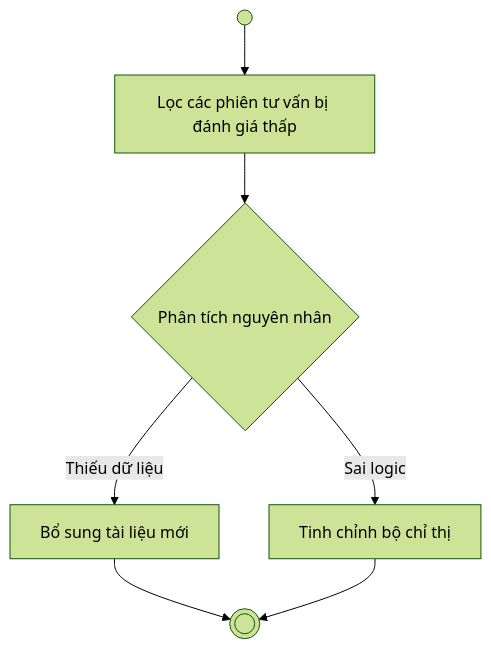
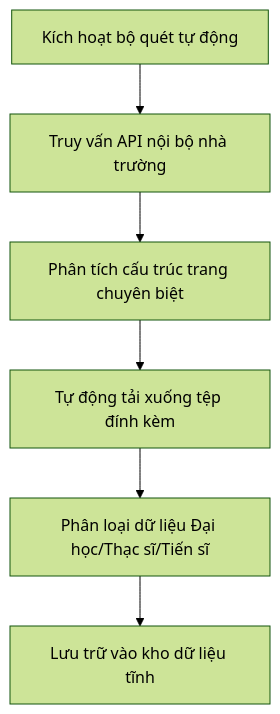
Before and after one commit to tranhongs0n/DATN: the seventh of 7 diagrams in Planning/Content/2_Chuong2.md, drawn with Mermaid (forest theme). The commit also changed other lines of this file and 17 other files, not shown here.

````diff
--- a/Planning/Content/2_Chuong2.md
+++ b/Planning/Content/2_Chuong2.md
@@ -116,9 +188,8 @@
 ```mermaid
 graph TD
-    A(( )) --> B[Lọc các phiên tư vấn bị đánh giá thấp]
-    B --> C{Phân tích nguyên nhân}
-    C -->|Thiếu dữ liệu| D[Bổ sung tài liệu mới]
-    C -->|Sai logic| E[Tinh chỉnh bộ chỉ thị]
-    D --> F((( )))
-    E --> F
+    A[Kích hoạt bộ quét tự động] --> B[Truy vấn API nội bộ nhà trường]
+    B --> C[Phân tích cấu trúc trang chuyên biệt]
+    C --> D[Tự động tải xuống tệp đính kèm]
+    D --> E[Phân loại dữ liệu Đại học/Thạc sĩ/Tiến sĩ]
+    E --> F[Lưu trữ vào kho dữ liệu tĩnh]
 ```
````
